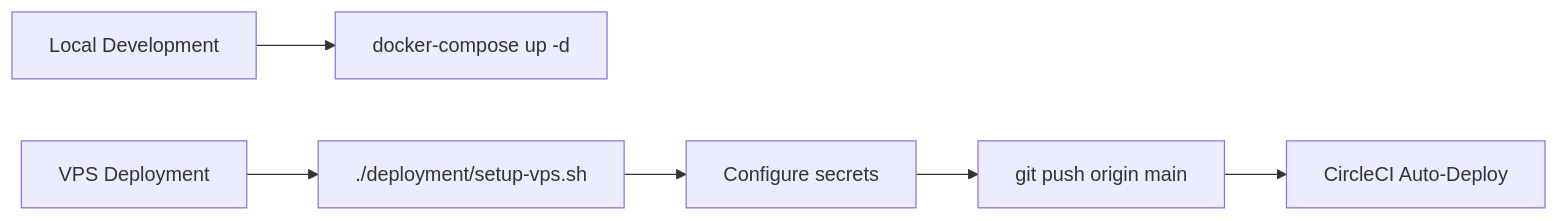
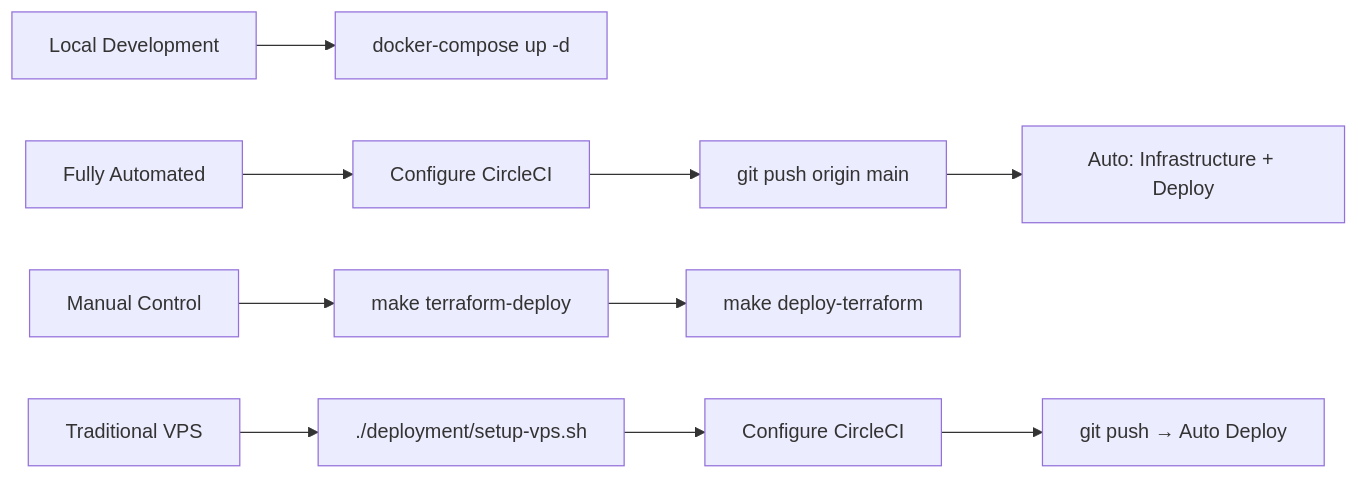
Before and after one commit to solid-computing/AI-Trading: the second of 8 diagrams in readme.md, drawn with Mermaid. The commit also changed other lines of this file and 16 other files, not shown here.

First line of the commit message:
Add Terraform infrastructure support for OVH Cloud deployment with full CI/CD integration (#3)

````diff
--- a/readme.md
+++ b/readme.md
@@ -37,8 +39,15 @@
 ```mermaid
 graph LR
     A[Local Development] --> B[docker-compose up -d]
-    C[VPS Deployment] --> D[./deployment/setup-vps.sh]
-    D --> E[Configure secrets]
-    E --> F[git push origin main]
-    F --> G[CircleCI Auto-Deploy]
+    
+    C[Fully Automated] --> D[Configure CircleCI]
+    D --> E[git push origin main]
+    E --> F[Auto: Infrastructure + Deploy]
+    
+    G[Manual Control] --> H[make terraform-deploy]
+    H --> I[make deploy-terraform]
+    
+    J[Traditional VPS] --> K[./deployment/setup-vps.sh]
+    K --> L[Configure CircleCI]
+    L --> M[git push → Auto Deploy]
 ```
````
